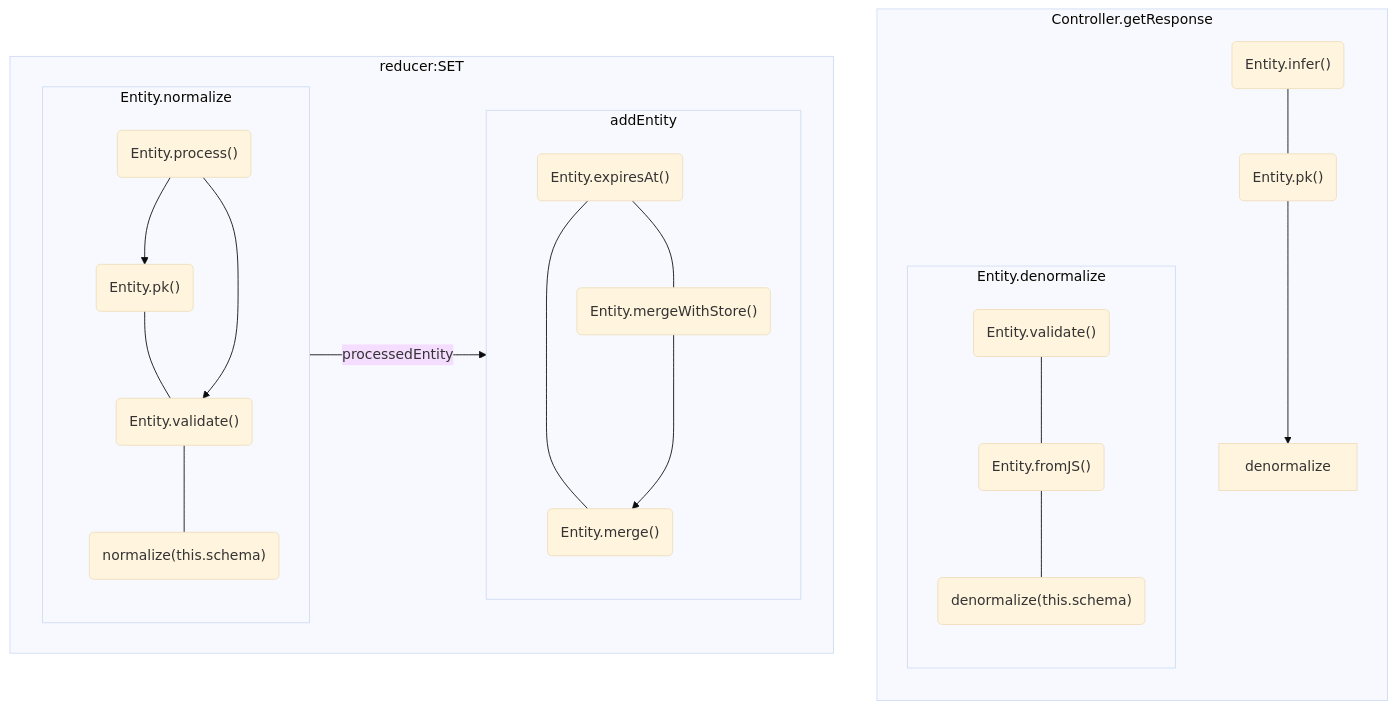
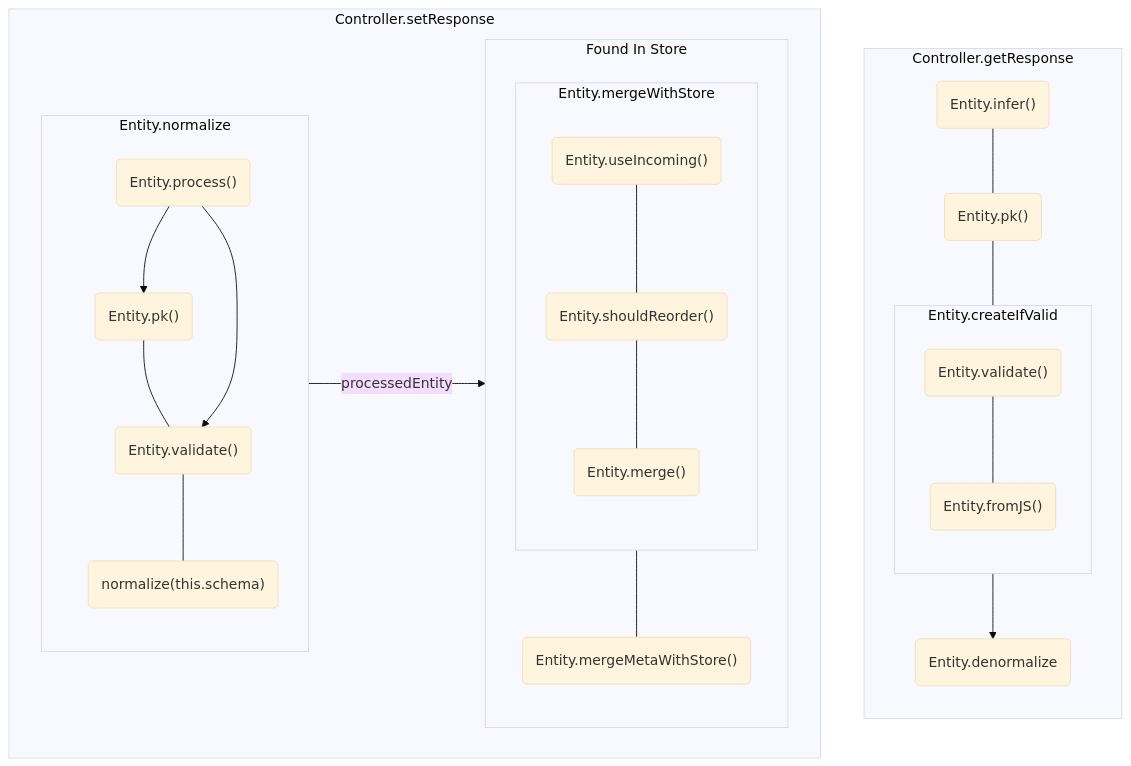
One commit to reactive/data-client changed the diagram in docs/graphql/diagrams/_entity_lifecycle.mdx. Above: the diagram before and after it, drawn with Mermaid (base theme). The commit also changed 4 other files, not shown here.

````diff
--- a/docs/graphql/diagrams/_entity_lifecycle.mdx
+++ b/docs/graphql/diagrams/_entity_lifecycle.mdx
@@ -1,39 +1,43 @@
 ```mermaid
 flowchart BT
   subgraph Controller.getResponse
     infer("Entity.infer()")---pk2
-    pk2("Entity.pk()")-->denormalize
-    subgraph Entity.denormalize
+    pk2("Entity.pk()")---Entity.createIfValid
+    subgraph Entity.createIfValid
       direction TB
       validate2("Entity.validate()")---fromJS("Entity.fromJS()")
-      fromJS---denormNest("denormalize(this.schema)")
     end
+    Entity.createIfValid-->denormNest("Entity.denormalize")
   end
-  subgraph reducer:SET
+  subgraph Controller.setResponse
     direction LR
     subgraph Entity.normalize
       direction TB
       process("Entity.process()")-->pk("Entity.pk()")
       pk---validate("Entity.validate()")
       process-->validate
       validate---normNest("normalize(this.schema)")
     end
-    Entity.normalize--processedEntity-->addEntity
-    subgraph addEntity
-      expiresAt("Entity.expiresAt()")---mergewithstore("Entity.mergeWithStore()")
-      expiresAt---merge("Entity.merge()")
-      mergewithstore--->merge("Entity.merge()")
+    Entity.normalize--processedEntity-->INSTORE
+    subgraph INSTORE["Found In Store"]
+      subgraph Entity.mergeWithStore
+        direction TB
+        useincoming("Entity.useIncoming()")---shouldreorder("Entity.shouldReorder()")
+        shouldreorder---merge("Entity.merge()")
+      end
+      Entity.mergeWithStore---mergeMetaWithStore("Entity.mergeMetaWithStore()")
     end
   end
   click process "/rest/api/Entity#process"
   click pk "/rest/api/Entity#pk"
   click pk2 "/rest/api/Entity#pk"
   click fromJS "/rest/api/Entity#fromJS"
   click validate "/rest/api/Entity#validate"
   click validate2 "/rest/api/Entity#validate"
-  click expiresAt "/rest/api/Entity#expiresat"
+  click mergeMetaWithStore "/rest/api/Entity#mergeMetaWithStore"
   click useincoming "/rest/api/Entity#useincoming"
+  click shouldreorder "/rest/api/Entity#shouldreorder"
   click mergewithstore "/rest/api/Entity#mergeWithStore"
   click merge "/rest/api/Entity#merge"
   click infer "/rest/api/Entity#infer"
 ```
````
